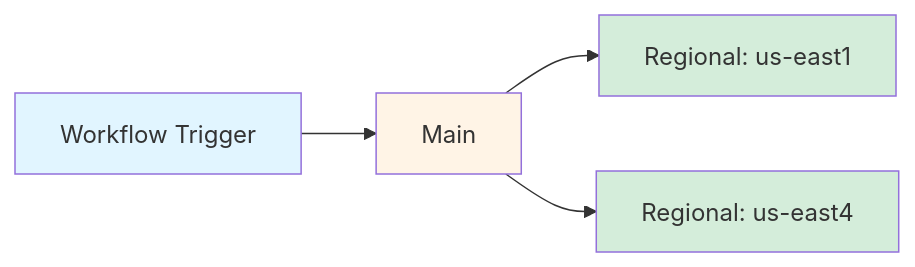
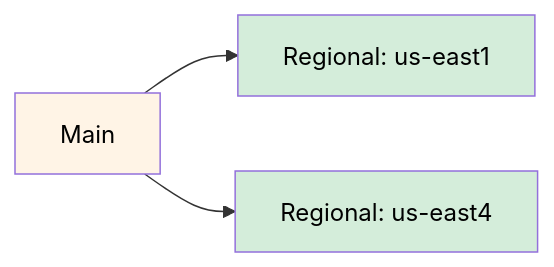
One commit to osinfra-io/pt-corpus changed the diagram in README.md. Above: the diagram before and after it, drawn with Mermaid. The commit also changed 1 other file, not shown here.

Commit message:
Add Mermaid diagram guidelines and update workflow visualization in README

````diff
--- a/README.md
+++ b/README.md
@@ -68,11 +68,10 @@
 ```mermaid
 graph LR
-    A[Workflow Trigger] --> B[Main]
+    B[Main]
     B --> C[Regional: us-east1]
     B --> D[Regional: us-east4]
 
-    style A fill:#e1f5ff
-    style B fill:#fff4e6
-    style C fill:#d4edda
-    style D fill:#d4edda
+    style B fill:#fff4e6,color:#000
+    style C fill:#d4edda,color:#000
+    style D fill:#d4edda,color:#000
 ```
````
